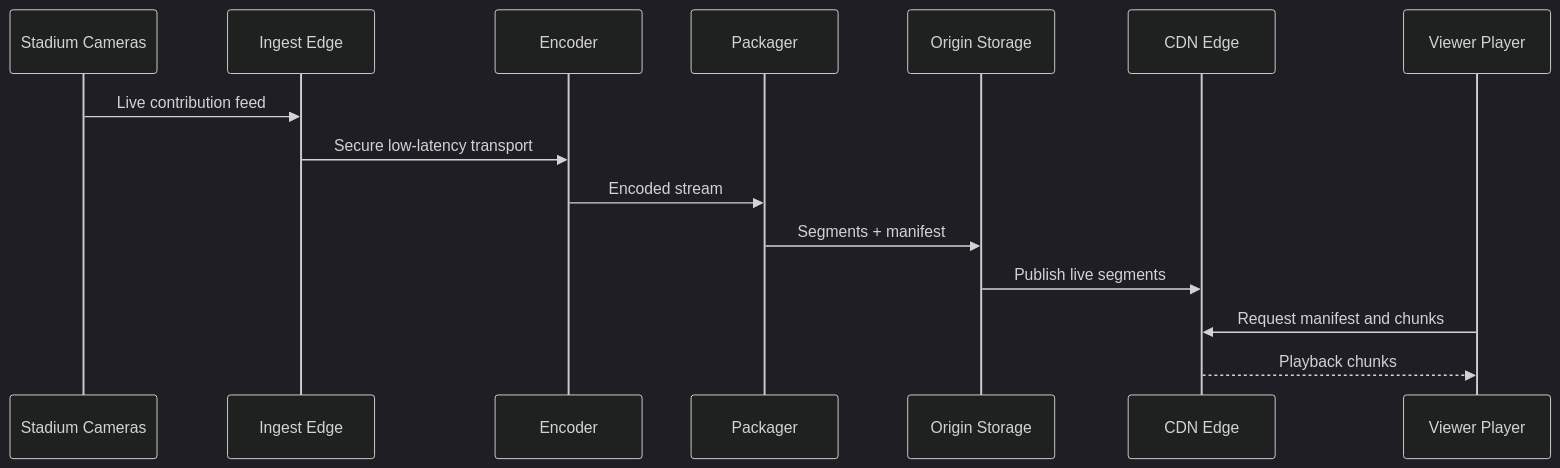
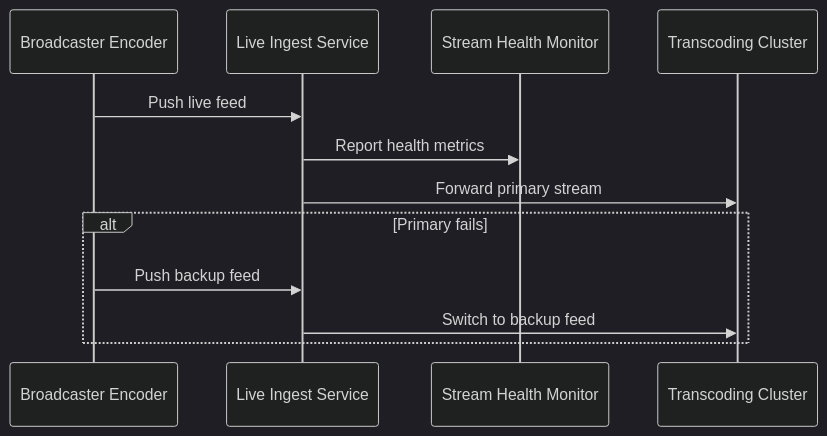
One commit to gojosatoru123-ux/CacheU changed the second of 16 diagrams in src/content/design-a-live-streaming-service.md. Above: the diagram before and after it, drawn with Mermaid (dark theme). The commit also changed other lines of this file and 13 other files, not shown here.

````diff
--- a/src/content/design-a-live-streaming-service.md
+++ b/src/content/design-a-live-streaming-service.md
@@ -190,18 +288,15 @@
 ```mermaid
 sequenceDiagram
-    participant Camera as Stadium Cameras
-    participant Ingest as Ingest Edge
-    participant Encoder as Encoder
-    participant Packager as Packager
-    participant Origin as Origin Storage
-    participant CDN as CDN Edge
-    participant Viewer as Viewer Player
+    participant Studio as Broadcaster Encoder
+    participant Ingest as Live Ingest Service
+    participant Monitor as Stream Health Monitor
+    participant Transcode as Transcoding Cluster
 
-    Camera->>Ingest: Live contribution feed
-    Ingest->>Encoder: Secure low-latency transport
-    Encoder->>Packager: Encoded stream
-    Packager->>Origin: Segments + manifest
-    Origin->>CDN: Publish live segments
-    Viewer->>CDN: Request manifest and chunks
-    CDN-->>Viewer: Playback chunks
+    Studio->>Ingest: Push live feed
+    Ingest->>Monitor: Report health metrics
+    Ingest->>Transcode: Forward primary stream
+    alt Primary fails
+        Studio->>Ingest: Push backup feed
+        Ingest->>Transcode: Switch to backup feed
+    end
 ```
````
